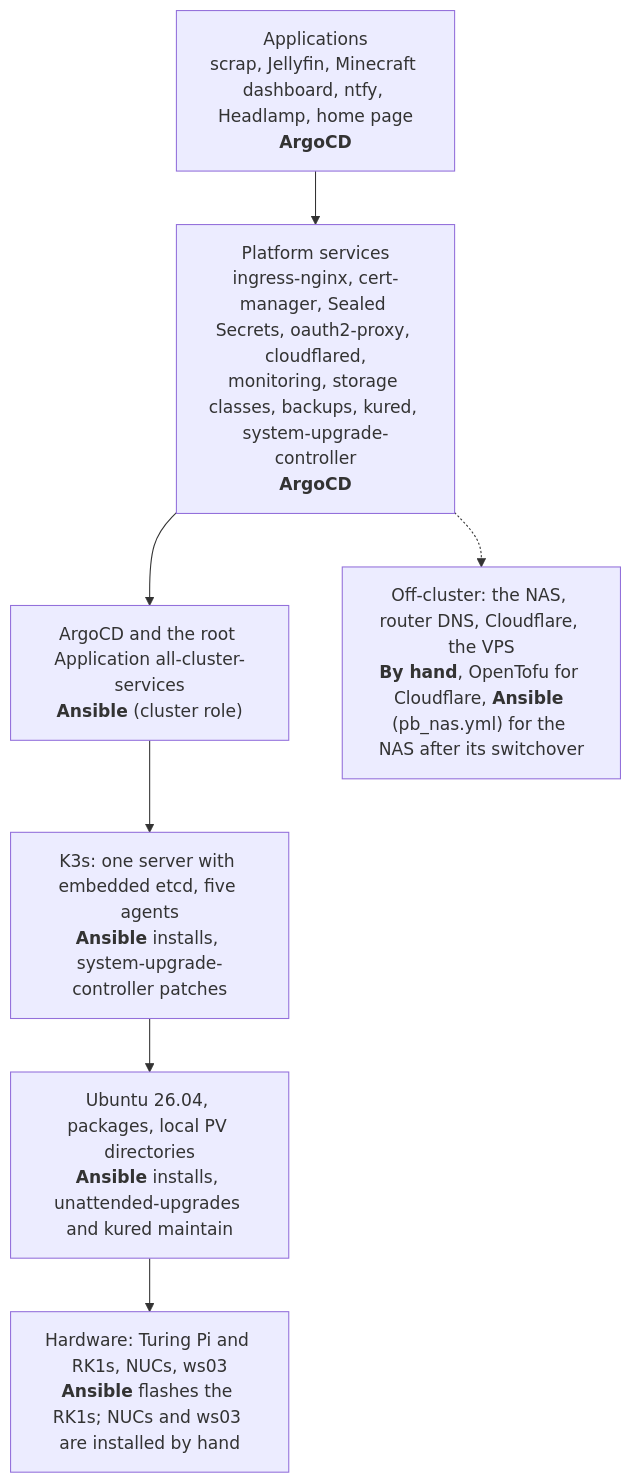
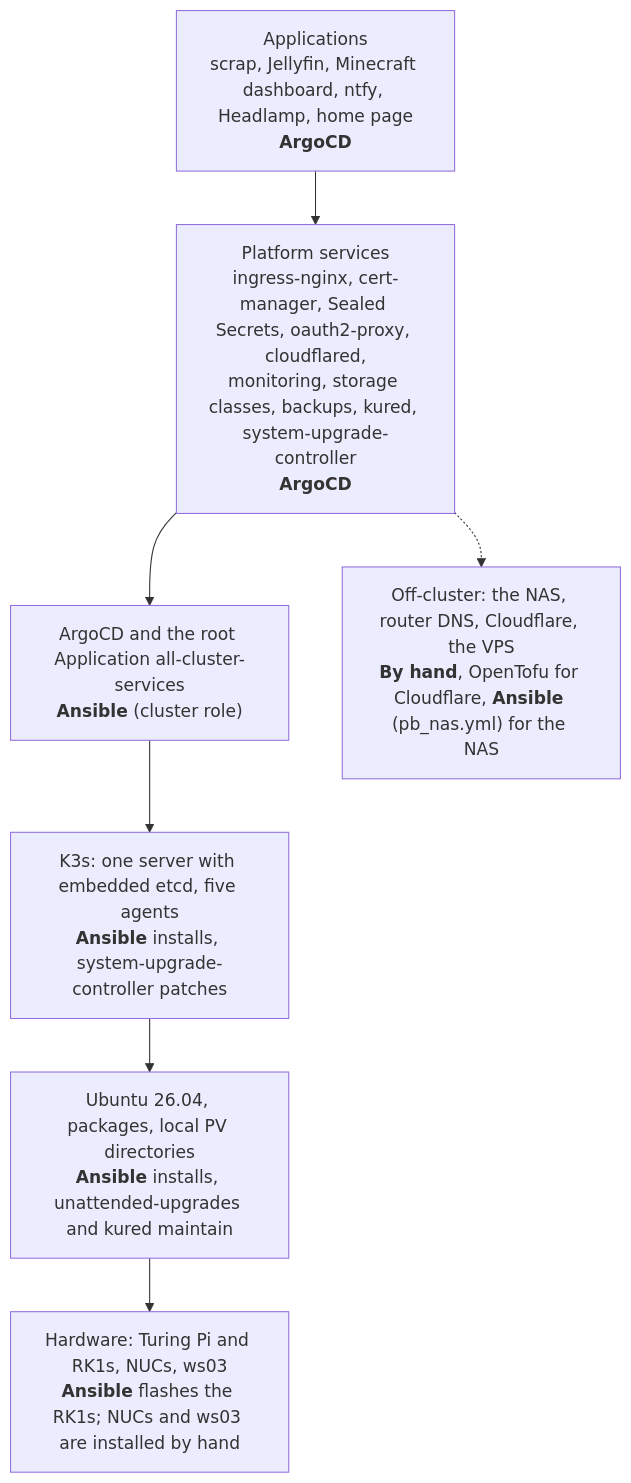
Before and after one commit to gilesknap/tpi-k3s-ansible: the second of 2 diagrams in docs/explanations/architecture.md, drawn with Mermaid. The commit also changed other lines of this file and 23 other files, not shown here.

````diff
--- a/docs/explanations/architecture.md
+++ b/docs/explanations/architecture.md
@@ -60,13 +60,13 @@
 ```mermaid
 flowchart TB
     APPS["Applications<br/>scrap, Jellyfin, Minecraft dashboard, ntfy, Headlamp, home page<br/><b>ArgoCD</b>"]
     PLAT["Platform services<br/>ingress-nginx, cert-manager, Sealed Secrets, oauth2-proxy, cloudflared,<br/>monitoring, storage classes, backups, kured, system-upgrade-controller<br/><b>ArgoCD</b>"]
     ARGO["ArgoCD and the root Application all-cluster-services<br/><b>Ansible</b> (cluster role)"]
     K3S["K3s: one server with embedded etcd, five agents<br/><b>Ansible</b> installs, system-upgrade-controller patches"]
     OS["Ubuntu 26.04, packages, local PV directories<br/><b>Ansible</b> installs, unattended-upgrades and kured maintain"]
     HW["Hardware: Turing Pi and RK1s, NUCs, ws03<br/><b>Ansible</b> flashes the RK1s; NUCs and ws03 are installed by hand"]
-    EXT["Off-cluster: the NAS, router DNS, Cloudflare, the VPS<br/><b>By hand</b>, OpenTofu for Cloudflare, <b>Ansible</b> (pb_nas.yml) for the NAS after its switchover"]
+    EXT["Off-cluster: the NAS, router DNS, Cloudflare, the VPS<br/><b>By hand</b>, OpenTofu for Cloudflare, <b>Ansible</b> (pb_nas.yml) for the NAS"]
 
     APPS --> PLAT --> ARGO --> K3S --> OS --> HW
     PLAT -.-> EXT
 ```
````
